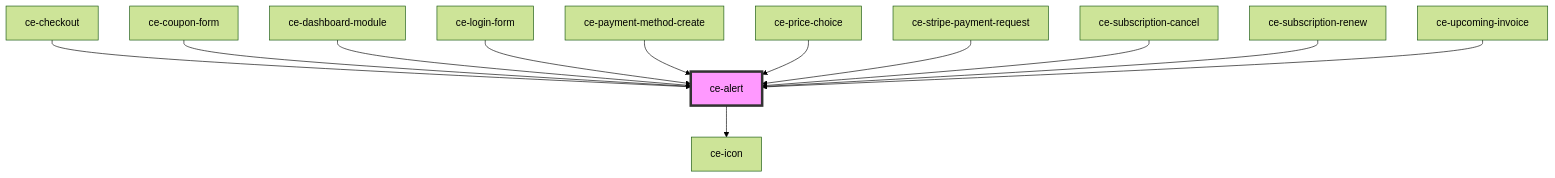
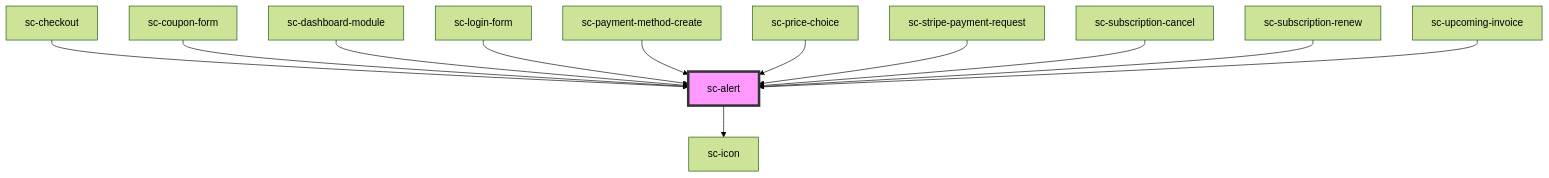
Before and after one commit to surecart/surecart-wp-plugin: the diagram in packages/components/src/components/ui/alert/readme.md, drawn with Mermaid (forest theme). The commit also changed other lines of this file and 1281 other files, not shown here.

````diff
--- a/packages/components/src/components/ui/alert/readme.md
+++ b/packages/components/src/components/ui/alert/readme.md
@@ -80,15 +80,15 @@
 ```mermaid
 graph TD;
-  ce-alert --> ce-icon
-  ce-checkout --> ce-alert
-  ce-coupon-form --> ce-alert
-  ce-dashboard-module --> ce-alert
-  ce-login-form --> ce-alert
-  ce-payment-method-create --> ce-alert
-  ce-price-choice --> ce-alert
-  ce-stripe-payment-request --> ce-alert
-  ce-subscription-cancel --> ce-alert
-  ce-subscription-renew --> ce-alert
-  ce-upcoming-invoice --> ce-alert
-  style ce-alert fill:#f9f,stroke:#333,stroke-width:4px
+  sc-alert --> sc-icon
+  sc-checkout --> sc-alert
+  sc-coupon-form --> sc-alert
+  sc-dashboard-module --> sc-alert
+  sc-login-form --> sc-alert
+  sc-payment-method-create --> sc-alert
+  sc-price-choice --> sc-alert
+  sc-stripe-payment-request --> sc-alert
+  sc-subscription-cancel --> sc-alert
+  sc-subscription-renew --> sc-alert
+  sc-upcoming-invoice --> sc-alert
+  style sc-alert fill:#f9f,stroke:#333,stroke-width:4px
 ```
````
